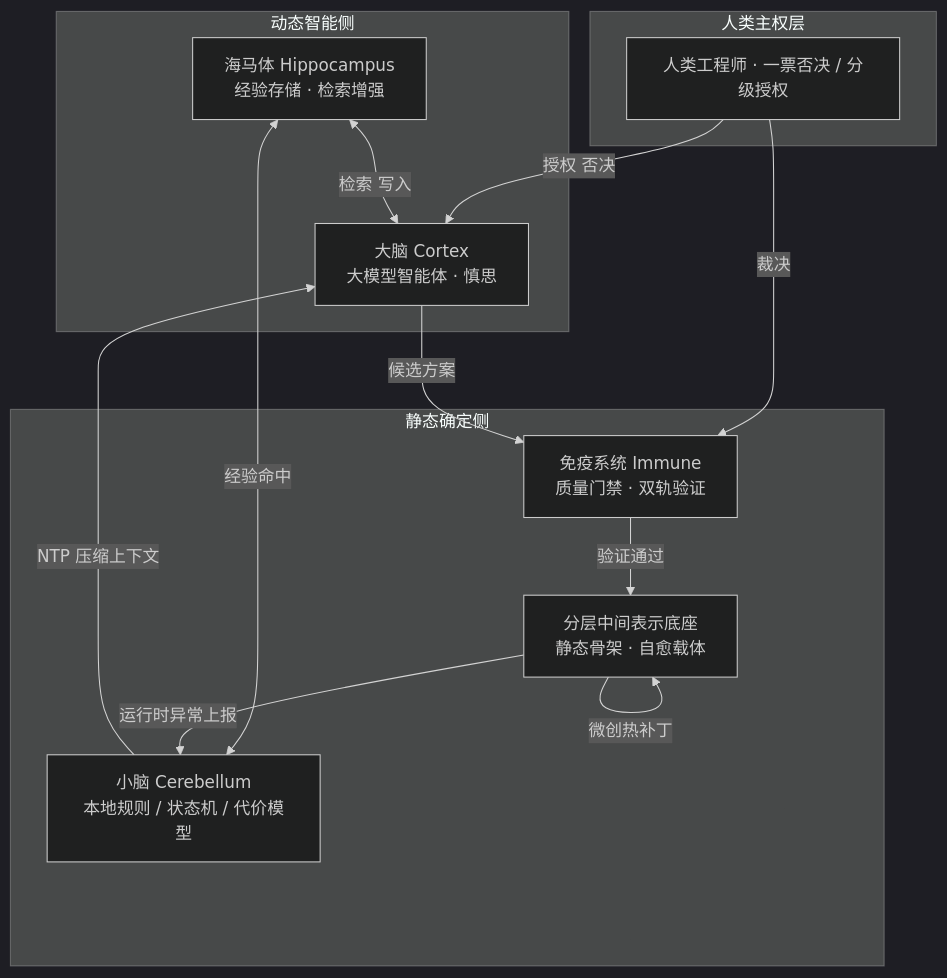
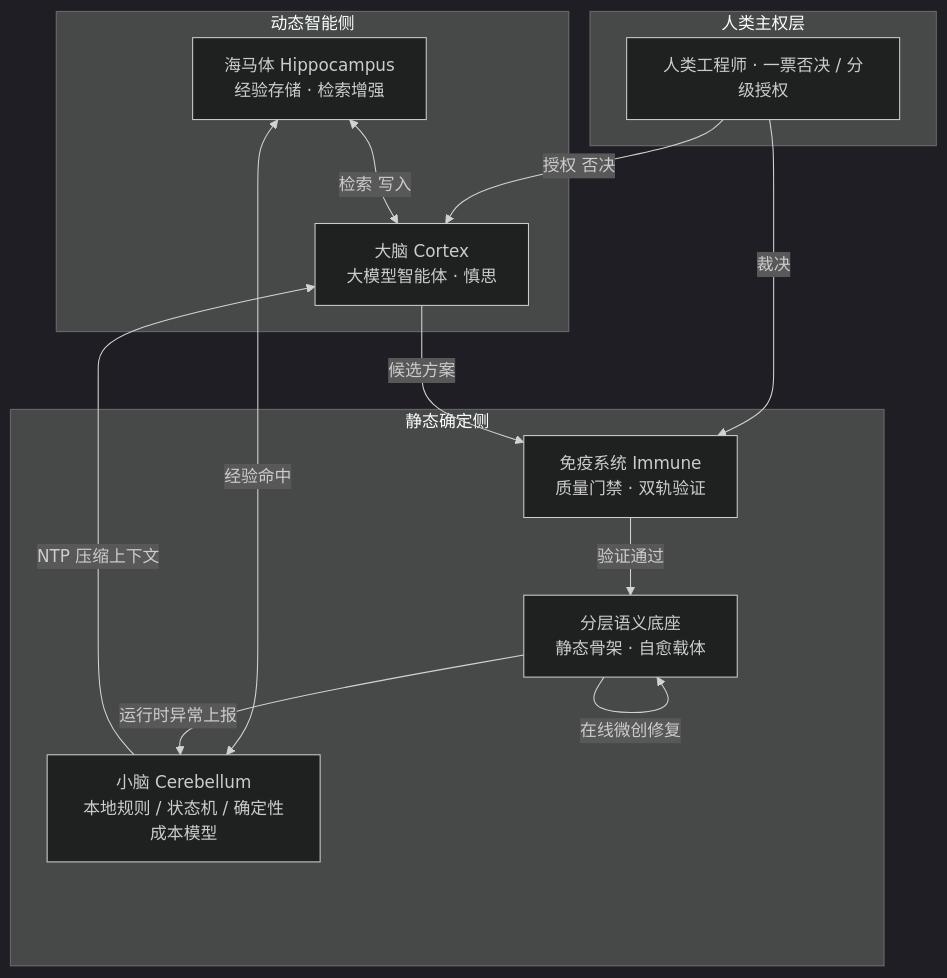
One commit to pony-029/malabc changed the first of 13 diagrams in aistandard/ANE规范-AI原生软件生命体工程范式.md. Above: the diagram before and after it, drawn with Mermaid (dark theme). The commit also changed other lines of this file and 1 other file, not shown here.

````diff
--- a/aistandard/ANE规范-AI原生软件生命体工程范式.md
+++ b/aistandard/ANE规范-AI原生软件生命体工程范式.md
@@ -175,24 +255,24 @@
 ```mermaid
 flowchart TB
     subgraph HUMAN["人类主权层"]
         HUM["人类工程师 · 一票否决 / 分级授权"]
     end
     subgraph DYNAMIC["动态智能侧"]
         BRAIN["大脑 Cortex<br/>大模型智能体 · 慎思"]
         HIPO["海马体 Hippocampus<br/>经验存储 · 检索增强"]
     end
     subgraph STATIC["静态确定侧"]
-        CEREB["小脑 Cerebellum<br/>本地规则 / 状态机 / 代价模型"]
+        CEREB["小脑 Cerebellum<br/>本地规则 / 状态机 / 确定性成本模型"]
         IMMU["免疫系统 Immune<br/>质量门禁 · 双轨验证"]
-        BASE["分层中间表示底座<br/>静态骨架 · 自愈载体"]
+        BASE["分层语义底座<br/>静态骨架 · 自愈载体"]
     end
     HUM -->|授权 否决| BRAIN
     HUM -->|裁决| IMMU
     CEREB -->|NTP 压缩上下文| BRAIN
     BRAIN -->|候选方案| IMMU
     HIPO <-->|检索 写入| BRAIN
     HIPO <-->|经验命中| CEREB
     IMMU -->|验证通过| BASE
     BASE -->|运行时异常上报| CEREB
-    BASE -->|微创热补丁| BASE
+    BASE -->|在线微创修复| BASE
 ```
````
